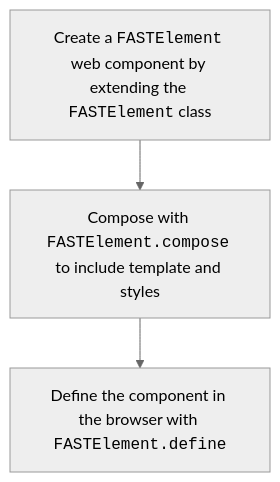
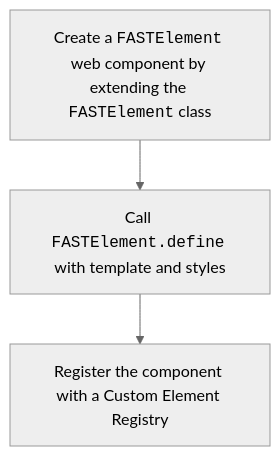
Before and after one commit to microsoft/fast: the first of 2 diagrams in packages/fast-element/docs/architecture/overview.md, drawn with Mermaid (neutral theme). The commit also changed other lines of this file and 12 other files, not shown here.

````diff
--- a/packages/fast-element/docs/architecture/overview.md
+++ b/packages/fast-element/docs/architecture/overview.md
@@ -13,5 +13,5 @@
 ```mermaid
 flowchart TD
     A[Create a <code>FASTElement</code> web component by extending the <code>FASTElement</code> class] --> F
-    F[Compose with <code>FASTElement.compose</code> to include template and styles] --> G[Define the component in the browser with <code>FASTElement.define</code>]
+    F[Call <code>FASTElement.define</code> with template and styles] --> G[Register the component with a Custom Element Registry]
 ```
````
